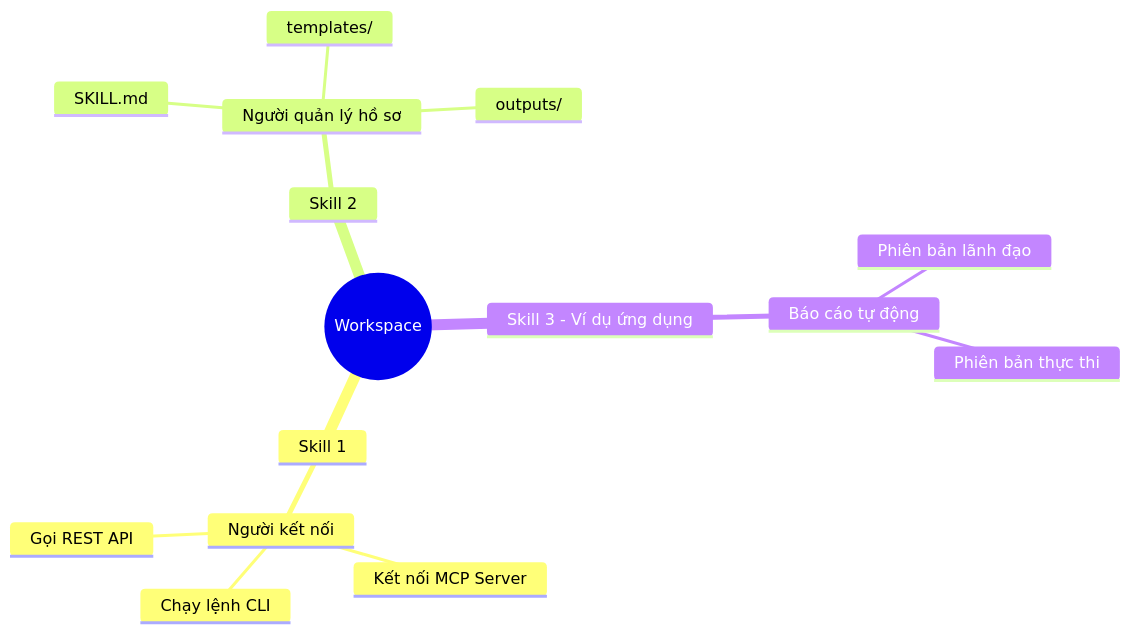
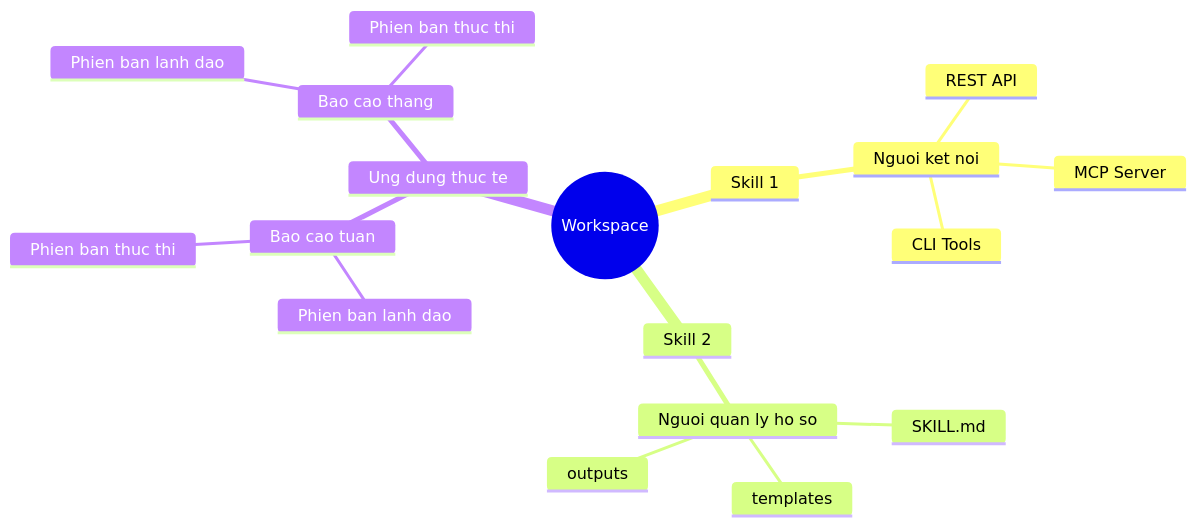
The first of 5 diagrams in README.md (bochidung642-blip/1-kh-ng-gian-l-m-vi-c-c-nh-n-v-i-c-c-skills), drawn with Mermaid before and after one commit. The commit also changed other lines of this file, not shown here.

First line of the commit message:
docs: thiết kế lại README hoàn toàn — visual-first với icon và diagram

````diff
--- a/README.md
+++ b/README.md
@@ -9,18 +11,21 @@
 ```mermaid
 mindmap
   root((Workspace))
     Skill 1
-      Người kết nối
-        Gọi REST API
-        Kết nối MCP Server
-        Chạy lệnh CLI
+      Nguoi ket noi
+        REST API
+        MCP Server
+        CLI Tools
     Skill 2
-      Người quản lý hồ sơ
+      Nguoi quan ly ho so
         SKILL.md
-        templates/
-        outputs/
-    Skill 3 - Ví dụ ứng dụng
-      Báo cáo tự động
-        Phiên bản lãnh đạo
-        Phiên bản thực thi
+        templates
+        outputs
+    Ung dung thuc te
+      Bao cao tuan
+        Phien ban lanh dao
+        Phien ban thuc thi
+      Bao cao thang
+        Phien ban lanh dao
+        Phien ban thuc thi
 ```
````
